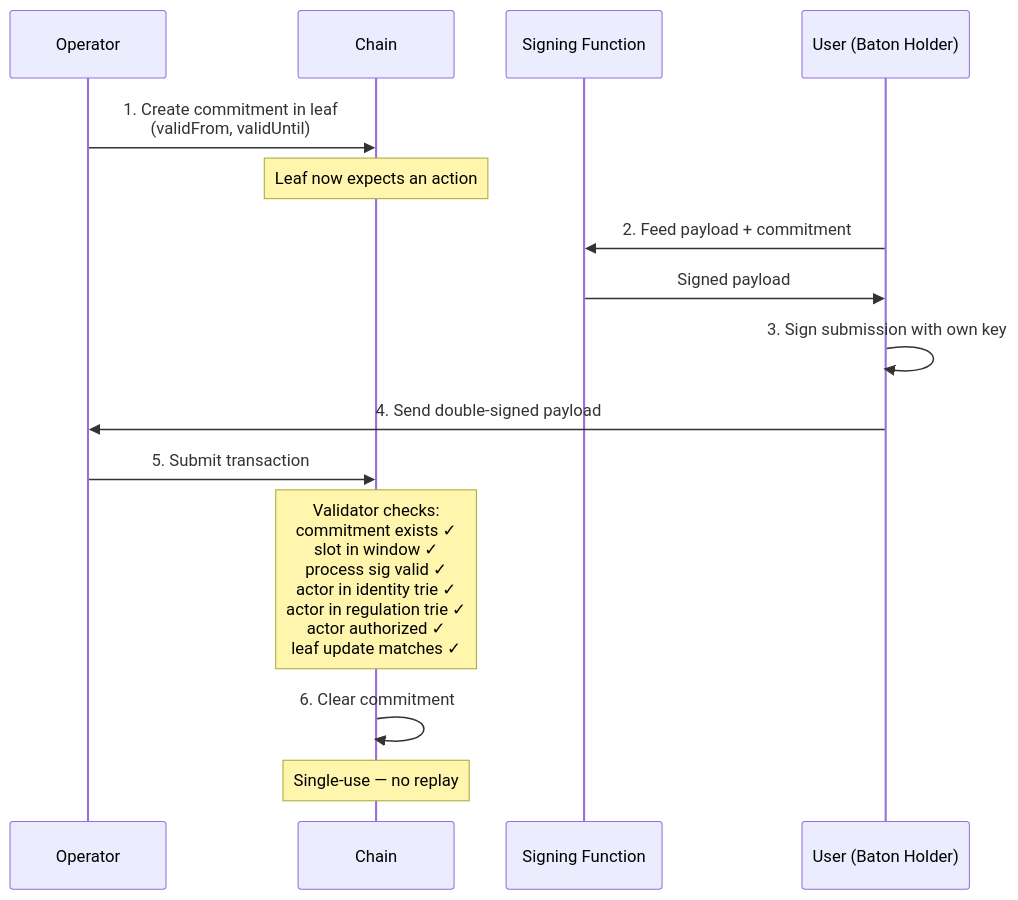
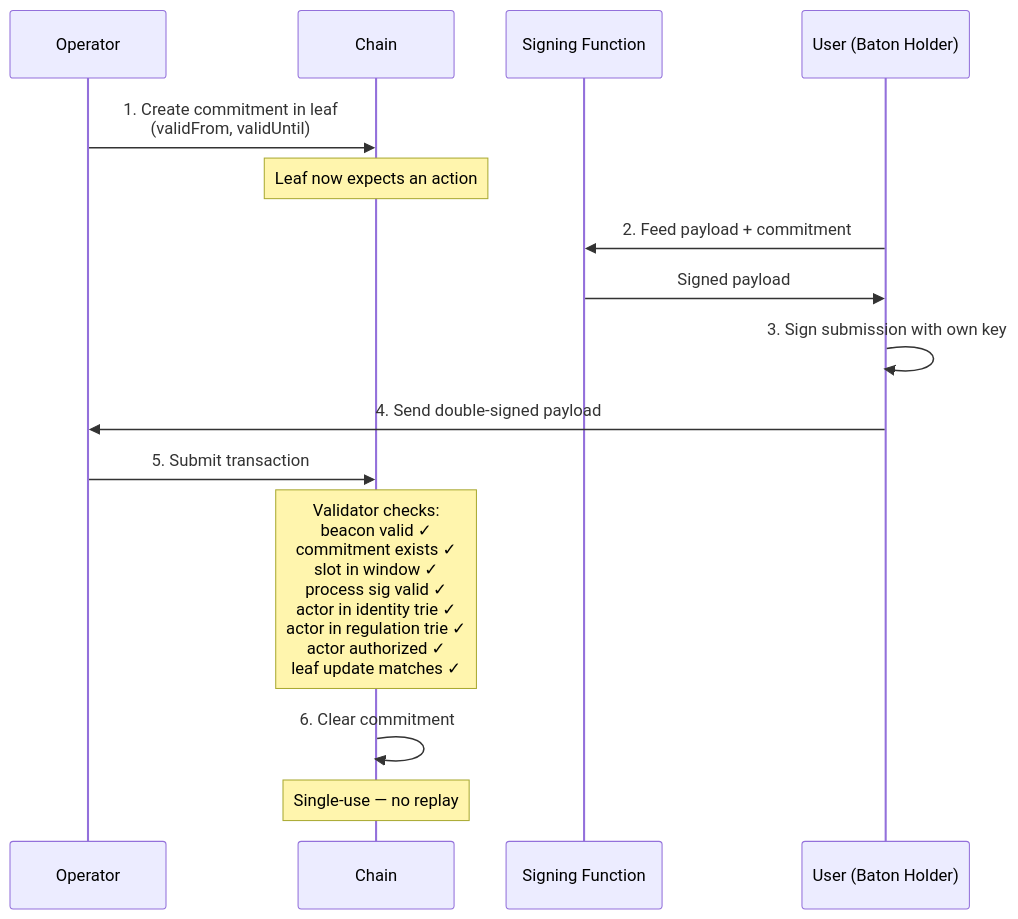
Before and after one commit to lambdasistemi/cardano-for-regulators: diagram 14 of 20 in docs/framework/schema.md, drawn with Mermaid. The commit also changed other lines of this file, not shown here.

Commit message:
align schema with thesis: beacon protocol, operator standing, temporal integrity, data availability

````diff
--- a/docs/framework/schema.md
+++ b/docs/framework/schema.md
@@ -510,24 +537,24 @@
 ```mermaid
 sequenceDiagram
     participant O as Operator
     participant C as Chain
     participant SF as Signing Function
     participant U as User (Baton Holder)
 
     O->>C: 1. Create commitment in leaf<br/>(validFrom, validUntil)
     Note over C: Leaf now expects an action
 
     U->>SF: 2. Feed payload + commitment
     SF->>U: Signed payload
 
     U->>U: 3. Sign submission with own key
 
     U->>O: 4. Send double-signed payload
 
     O->>C: 5. Submit transaction
 
-    Note over C: Validator checks:<br/>commitment exists ✓<br/>slot in window ✓<br/>process sig valid ✓<br/>actor in identity trie ✓<br/>actor in regulation trie ✓<br/>actor authorized ✓<br/>leaf update matches ✓
+    Note over C: Validator checks:<br/>beacon valid ✓<br/>commitment exists ✓<br/>slot in window ✓<br/>process sig valid ✓<br/>actor in identity trie ✓<br/>actor in regulation trie ✓<br/>actor authorized ✓<br/>leaf update matches ✓
 
     C->>C: 6. Clear commitment
     Note over C: Single-use — no replay
 ```
````
